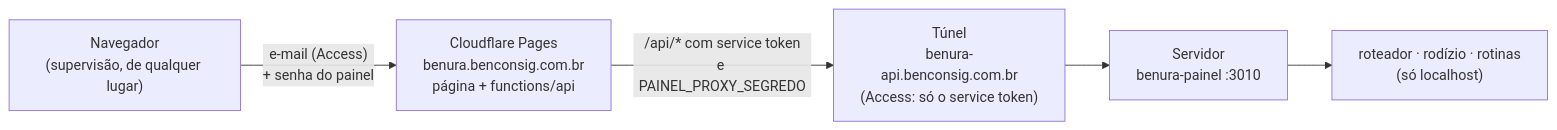
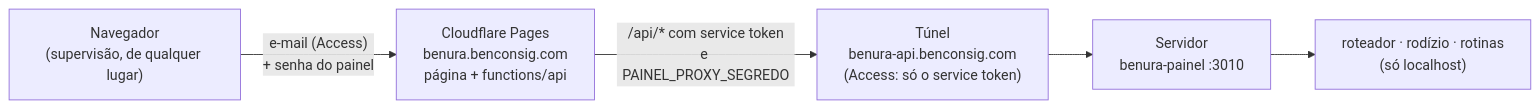
Before and after one commit to nanzinx/Benura: the second of 3 diagrams in README.md, drawn with Mermaid. The commit also changed other lines of this file and 31 other files, not shown here.

````diff
--- a/README.md
+++ b/README.md
@@ -877,7 +877,7 @@
 ```mermaid
 flowchart LR
-    N["Navegador<br/>(supervisão, de qualquer lugar)"] -->|"e-mail (Access)<br/>+ senha do painel"| P["Cloudflare Pages<br/>benura.benconsig.com.br<br/>página + functions/api"]
-    P -->|"/api/* com service token<br/>e PAINEL_PROXY_SEGREDO"| T["Túnel<br/>benura-api.benconsig.com.br<br/>(Access: só o service token)"]
+    N["Navegador<br/>(supervisão, de qualquer lugar)"] -->|"e-mail (Access)<br/>+ senha do painel"| P["Cloudflare Pages<br/>benura.benconsig.com<br/>página + functions/api"]
+    P -->|"/api/* com service token<br/>e PAINEL_PROXY_SEGREDO"| T["Túnel<br/>benura-api.benconsig.com<br/>(Access: só o service token)"]
     T --> S["Servidor<br/>benura-painel :3010"]
     S --> R["roteador · rodízio · rotinas<br/>(só localhost)"]
 ```
````
